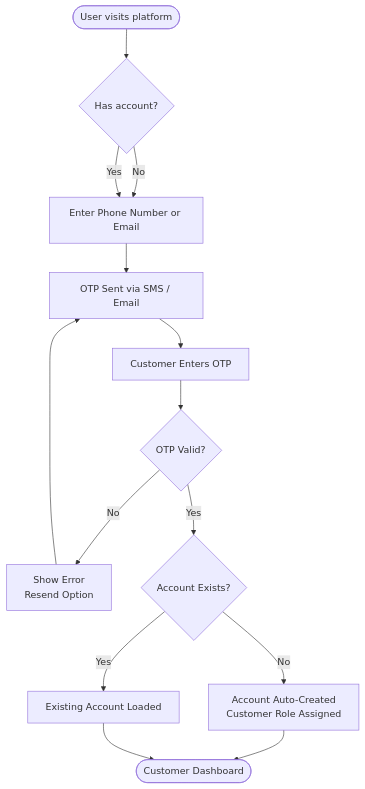
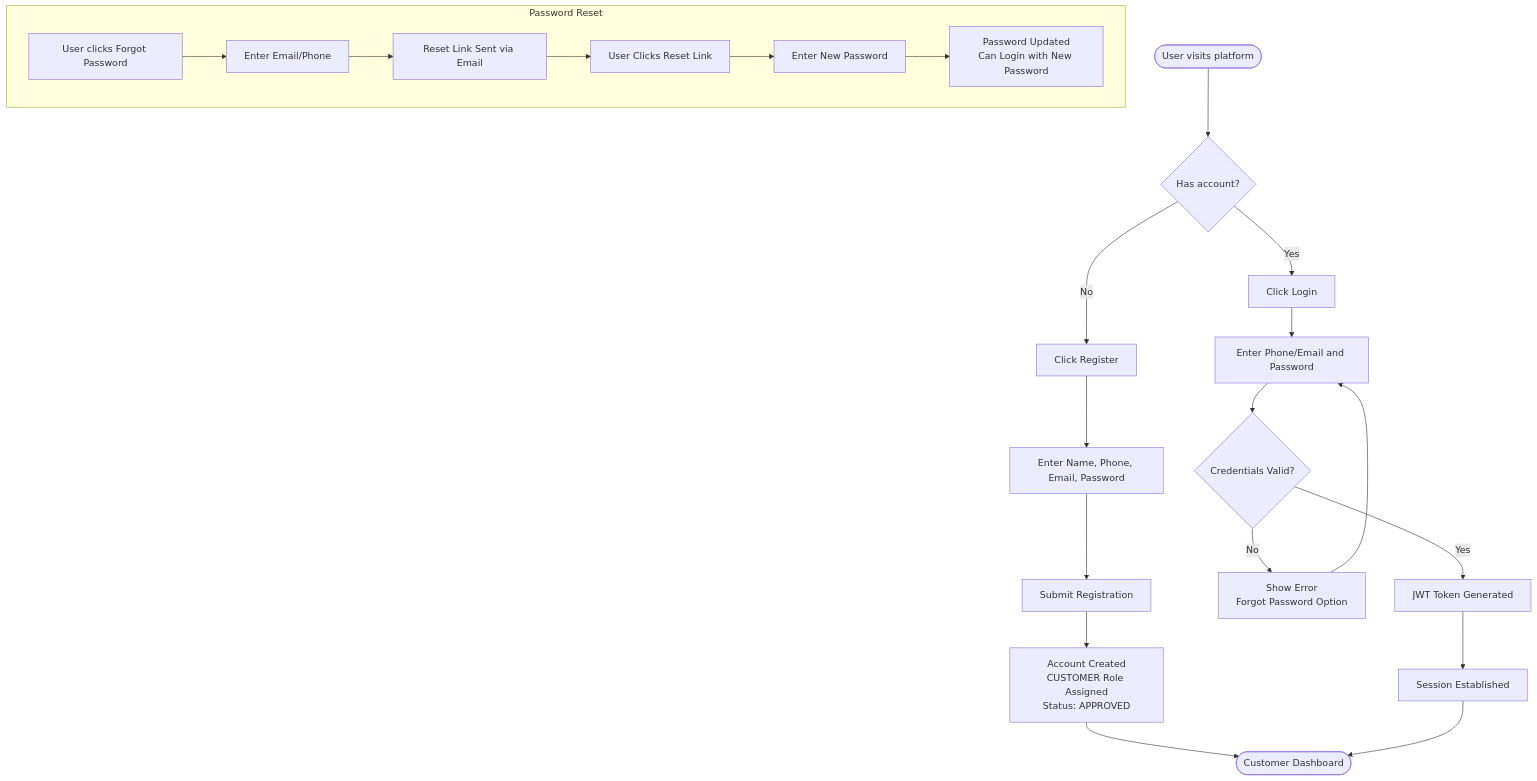
The second of 16 diagrams in flowcharts.md (anilkumar0503/villageexpress), drawn with Mermaid before and after one commit. The commit also changed other lines of this file and 31 other files, not shown here.

````diff
--- a/flowcharts.md
+++ b/flowcharts.md
@@ -29,16 +37,25 @@
 ```mermaid
 flowchart TD
     A([User visits platform]) --> B{Has account?}
-    B -->|No| C[Enter Phone Number or Email]
-    B -->|Yes| C
-    C --> D[OTP Sent via SMS / Email]
-    D --> E[Customer Enters OTP]
-    E --> F{OTP Valid?}
-    F -->|No| G[Show Error\nResend Option]
-    G --> D
-    F -->|Yes| H{Account Exists?}
-    H -->|No| I[Account Auto-Created\nCustomer Role Assigned]
-    H -->|Yes| J[Existing Account Loaded]
-    I --> K([Customer Dashboard])
-    J --> K
+    B -->|No| C[Click Register]
+    B -->|Yes| D[Click Login]
+    C --> E[Enter Name, Phone, Email, Password]
+    D --> F[Enter Phone/Email and Password]
+    E --> G[Submit Registration]
+    G --> H[Account Created\nCUSTOMER Role Assigned\nStatus: APPROVED]
+    H --> I([Customer Dashboard])
+    F --> J{Credentials Valid?}
+    J -->|No| K[Show Error\nForgot Password Option]
+    K --> F
+    J -->|Yes| L[JWT Token Generated]
+    L --> M[Session Established]
+    M --> I
+
+    subgraph Password Reset
+        N[User clicks Forgot Password] --> O[Enter Email/Phone]
+        O --> P[Reset Link Sent via Email]
+        P --> Q[User Clicks Reset Link]
+        Q --> R[Enter New Password]
+        R --> S[Password Updated\nCan Login with New Password]
+    end
 ```
````
